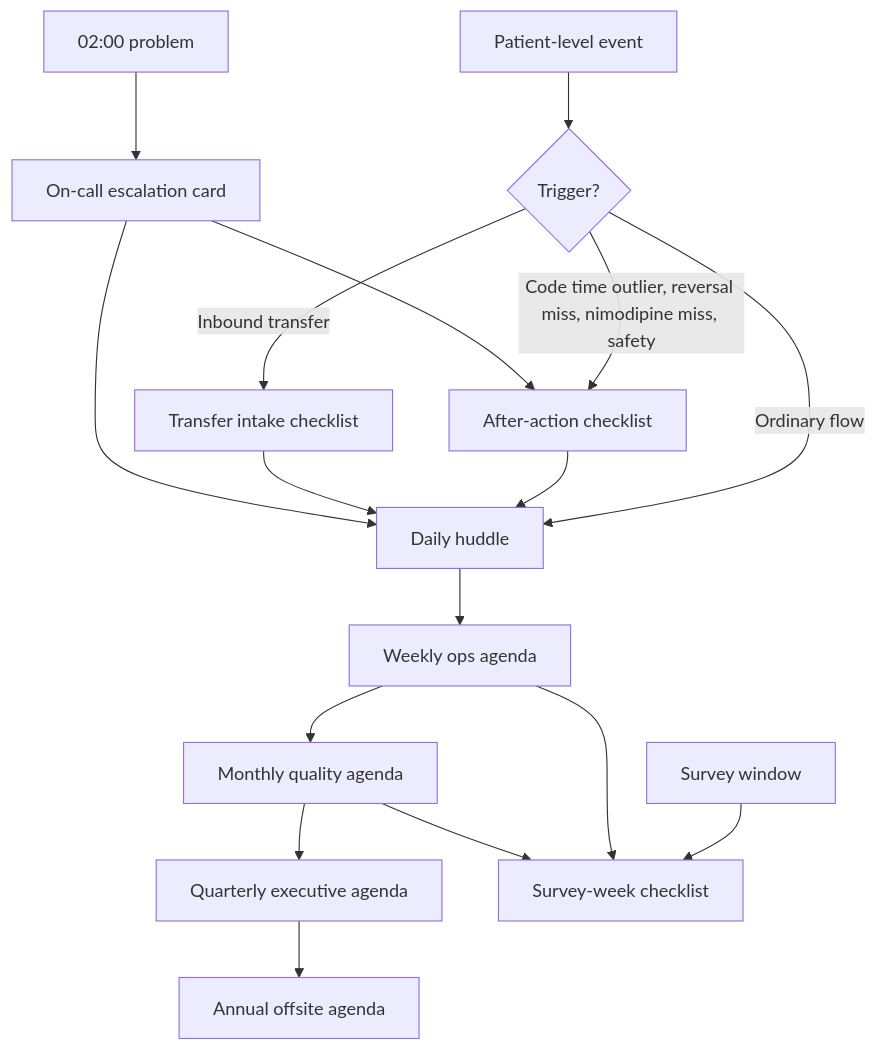
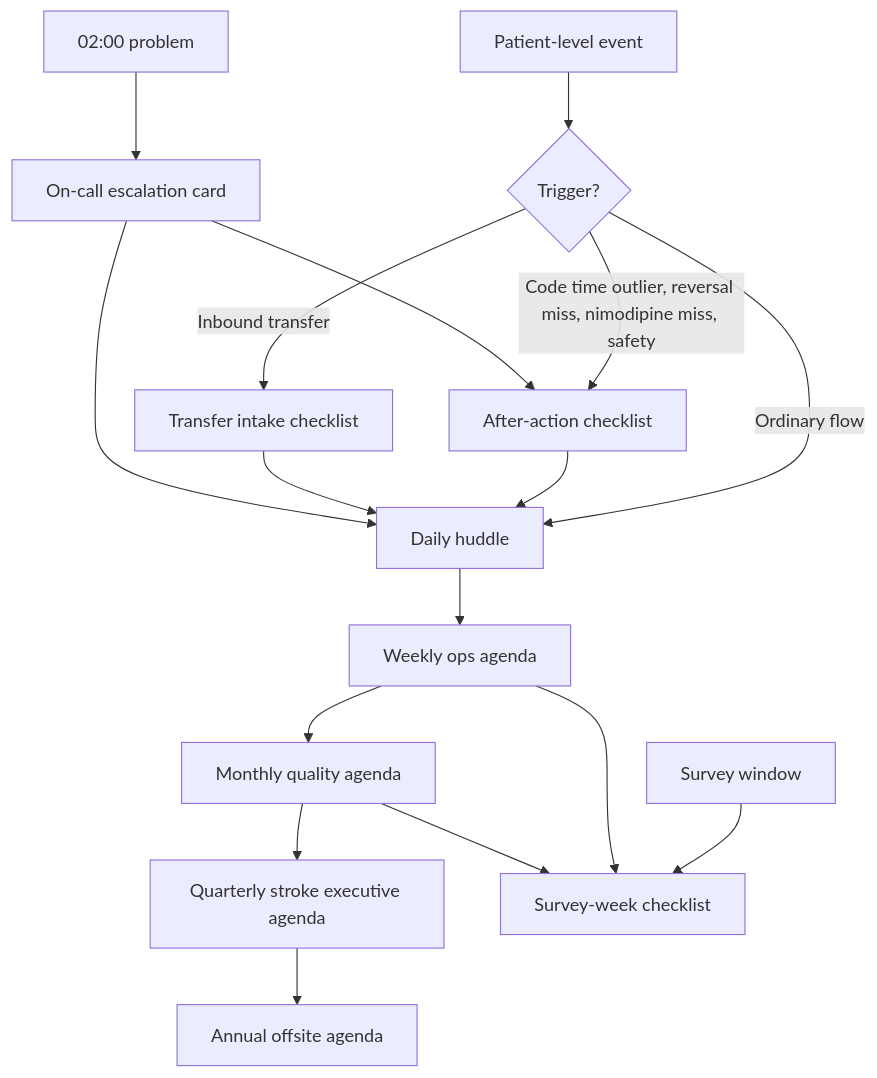
One commit to rkalani1/CSC changed the diagram in docs/playbooks/39-checklists-agendas.md. Above: the diagram before and after it, drawn with Mermaid. The commit also changed other lines of this file and 62 other files, not shown here.

````diff
--- a/docs/playbooks/39-checklists-agendas.md
+++ b/docs/playbooks/39-checklists-agendas.md
@@ -52,19 +62,19 @@
 ```mermaid
 flowchart TD
     A["Patient-level event"] --> B{"Trigger?"}
     B -->|"Code time outlier, reversal miss, nimodipine miss, safety"| C["After-action checklist"]
     B -->|"Inbound transfer"| D["Transfer intake checklist"]
     B -->|"Ordinary flow"| E["Daily huddle"]
     C --> E
     D --> E
     E --> F["Weekly ops agenda"]
     F --> G["Monthly quality agenda"]
-    G --> H["Quarterly executive agenda"]
+    G --> H["Quarterly stroke executive agenda"]
     H --> I["Annual offsite agenda"]
     J["Survey window"] --> K["Survey-week checklist"]
     F --> K
     G --> K
     L["02:00 problem"] --> M["On-call escalation card"]
     M --> C
     M --> E
 ```
````
